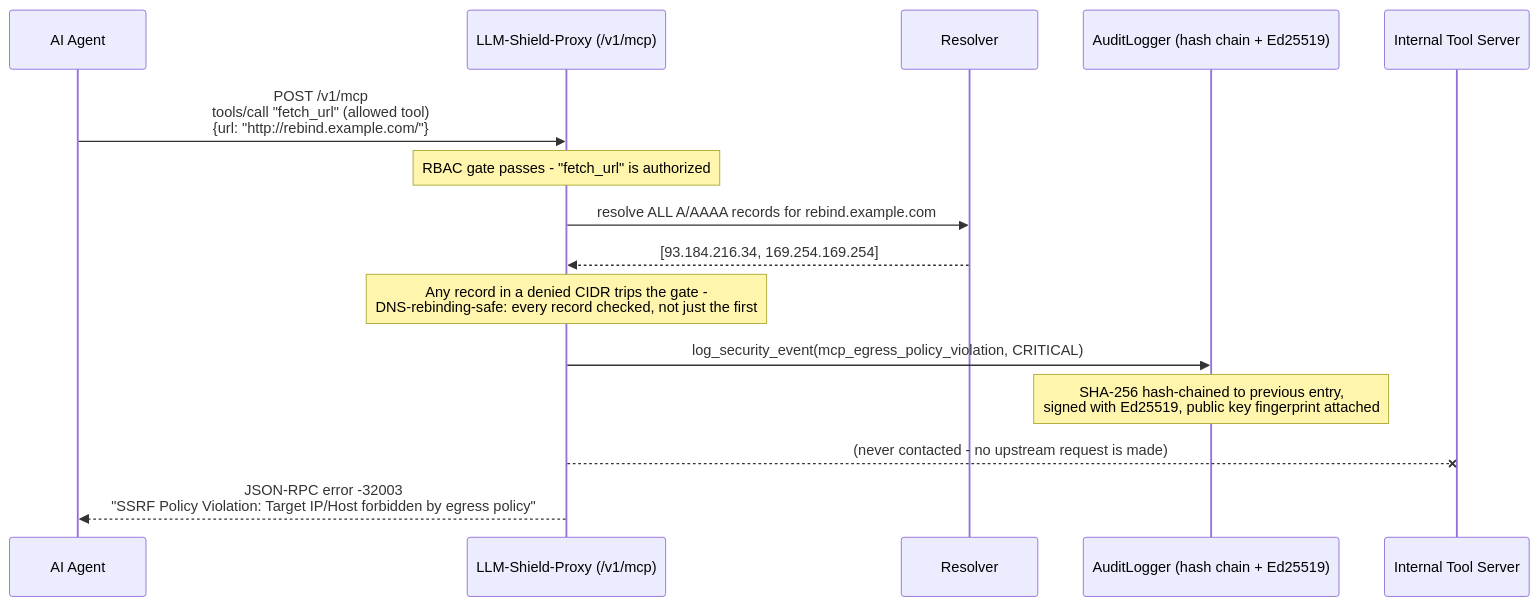
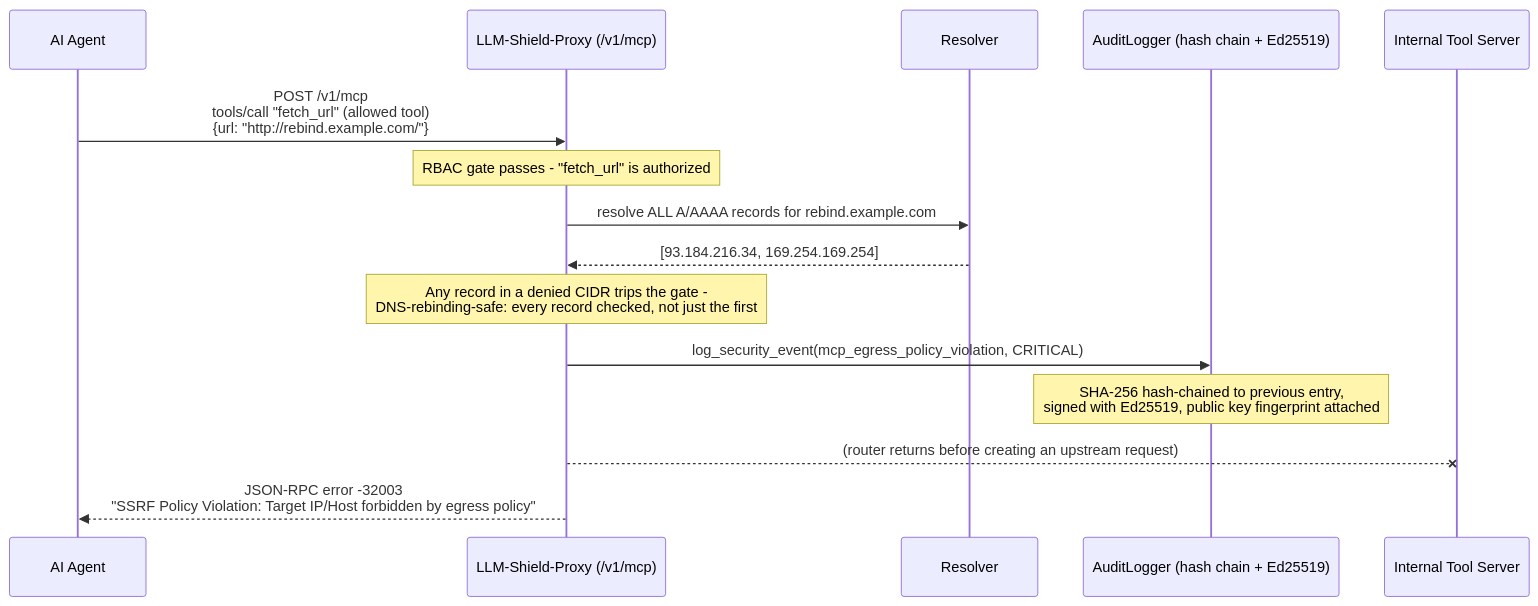
One commit to ninadphalak/LLM-Shield-Proxy changed the third of 3 diagrams in website/docs/guides/mcp-tool-governance.md. Above: the diagram before and after it, drawn with Mermaid. The commit also changed other lines of this file and 86 other files, not shown here.

````diff
--- a/website/docs/guides/mcp-tool-governance.md
+++ b/website/docs/guides/mcp-tool-governance.md
@@ -93,18 +93,18 @@
 ```mermaid
 sequenceDiagram
     participant Agent as AI Agent
     participant Shield as LLM-Shield-Proxy (/v1/mcp)
     participant DNS as Resolver
     participant Audit as AuditLogger (hash chain + Ed25519)
     participant Tool as Internal Tool Server
 
     Agent->>Shield: POST /v1/mcp<br/>tools/call "fetch_url" (allowed tool)<br/>{url: "http://rebind.example.com/"}
     Note over Shield: RBAC gate passes - "fetch_url" is authorized
     Shield->>DNS: resolve ALL A/AAAA records for rebind.example.com
     DNS-->>Shield: [93.184.216.34, 169.254.169.254]
     Note over Shield: Any record in a denied CIDR trips the gate -<br/>DNS-rebinding-safe: every record checked, not just the first
     Shield->>Audit: log_security_event(mcp_egress_policy_violation, CRITICAL)
     Note over Audit: SHA-256 hash-chained to previous entry,<br/>signed with Ed25519, public key fingerprint attached
-    Shield--xTool: (never contacted - no upstream request is made)
+    Shield--xTool: (router returns before creating an upstream request)
     Shield-->>Agent: JSON-RPC error -32003<br/>"SSRF Policy Violation: Target IP/Host forbidden by egress policy"
 ```
````
